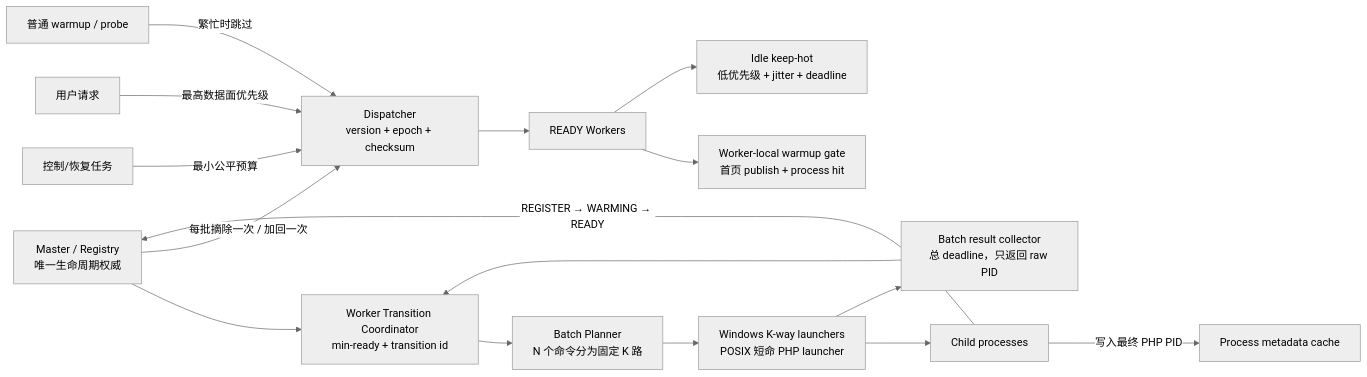
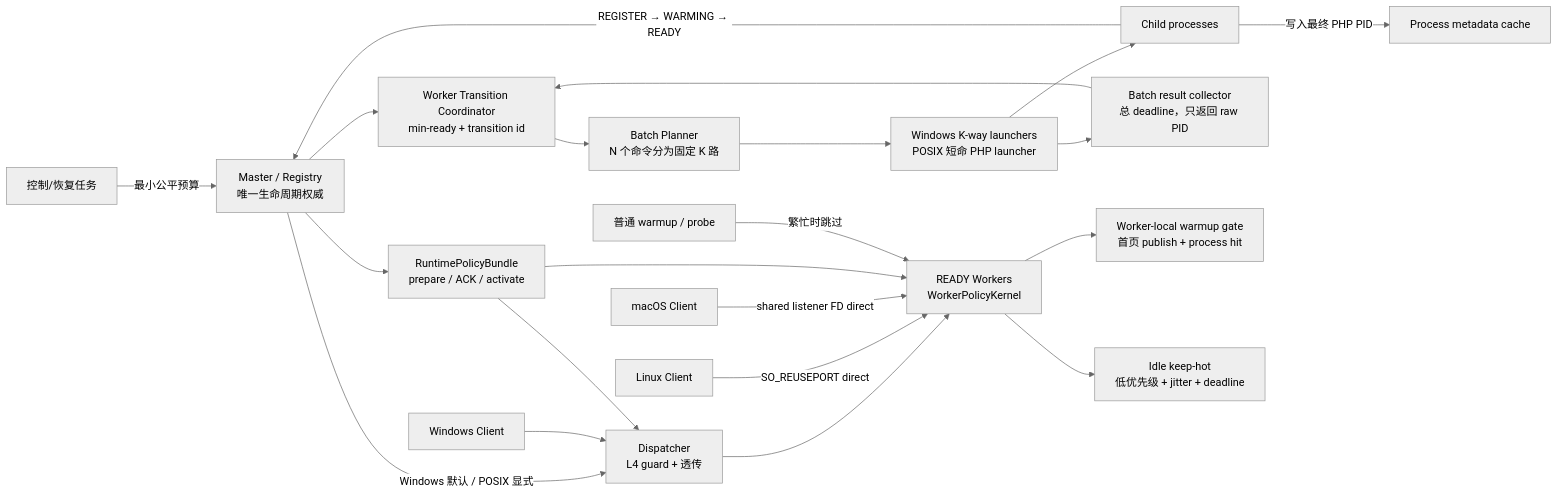
Before and after one commit to Aiweline/WelineFramework: the fourth of 7 diagrams in app/code/Weline/Server/doc/WLS架构图.md, drawn with Mermaid (neutral theme). The commit also changed other lines of this file and 1926 other files, not shown here.

Commit message:
feat: implement WelineFramework 2.0 runtime architecture

````diff
--- a/app/code/Weline/Server/doc/WLS架构图.md
+++ b/app/code/Weline/Server/doc/WLS架构图.md
@@ -108,19 +123,24 @@
 ```mermaid
 flowchart LR
   M["Master / Registry\n唯一生命周期权威"] --> T["Worker Transition Coordinator\nmin-ready + transition id"]
+  M --> P["RuntimePolicyBundle\nprepare / ACK / activate"]
   T --> BP["Batch Planner\nN 个命令分为固定 K 路"]
   BP --> L["Windows K-way launchers\nPOSIX 短命 PHP launcher"]
   L --> CH["Child processes"]
   L --> RC["Batch result collector\n总 deadline，只返回 raw PID"]
   RC --> T
   CH -->|"写入最终 PHP PID"| PS["Process metadata cache"]
   CH -->|"REGISTER → WARMING → READY"| M
 
-  M -->|"每批摘除一次 / 加回一次"| D["Dispatcher\nversion + epoch + checksum"]
-  D --> W["READY Workers"]
+  M -->|"Windows 默认 / POSIX 显式"| D["Dispatcher\nL4 guard + 透传"]
+  D --> W["READY Workers\nWorkerPolicyKernel"]
+  CL["Linux Client"] -->|"SO_REUSEPORT direct"| W
+  CM["macOS Client"] -->|"shared listener FD direct"| W
+  CW["Windows Client"] --> D
+  P --> D
+  P --> W
   W --> WG["Worker-local warmup gate\n首页 publish + process hit"]
   W --> KH["Idle keep-hot\n低优先级 + jitter + deadline"]
-  CTRL["控制/恢复任务"] -->|"最小公平预算"| D
-  REQ["用户请求"] -->|"最高数据面优先级"| D
-  BG["普通 warmup / probe"] -->|"繁忙时跳过"| D
+  CTRL["控制/恢复任务"] -->|"最小公平预算"| M
+  BG["普通 warmup / probe"] -->|"繁忙时跳过"| W
 ```
````
